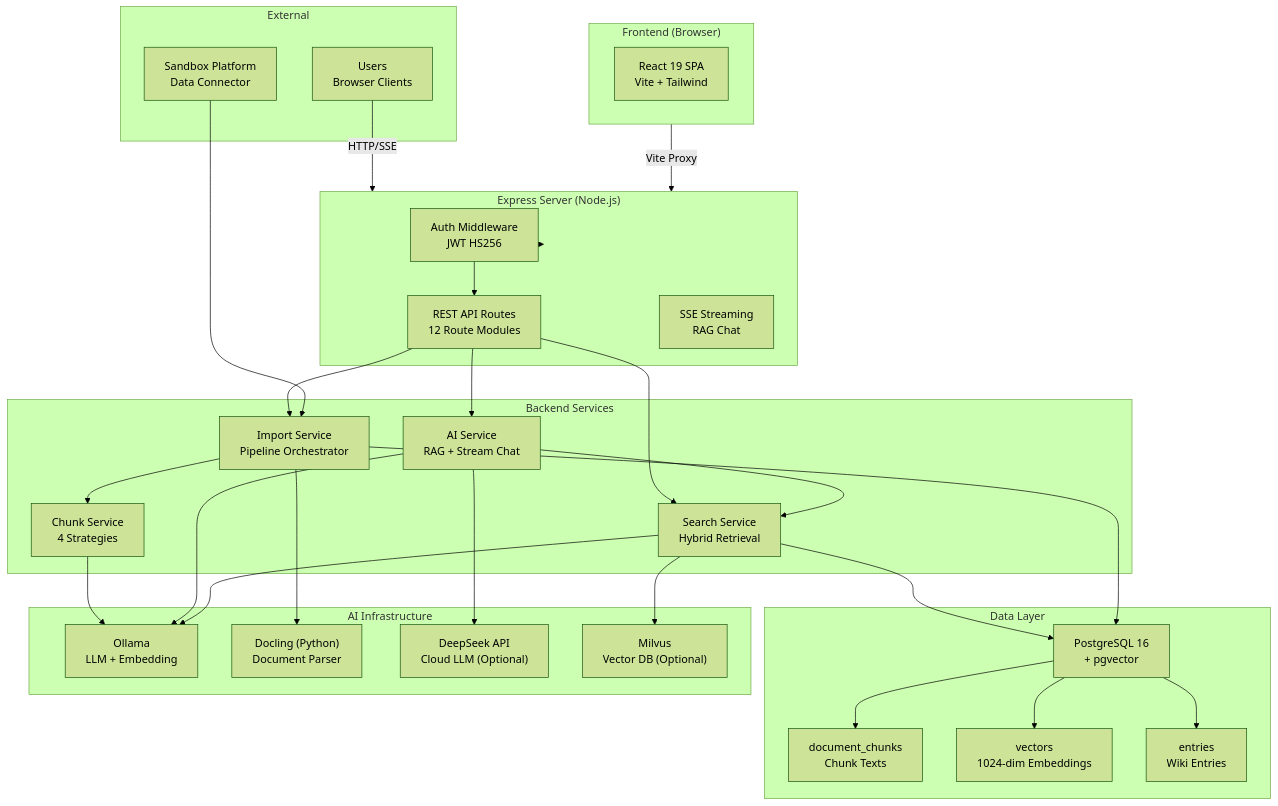
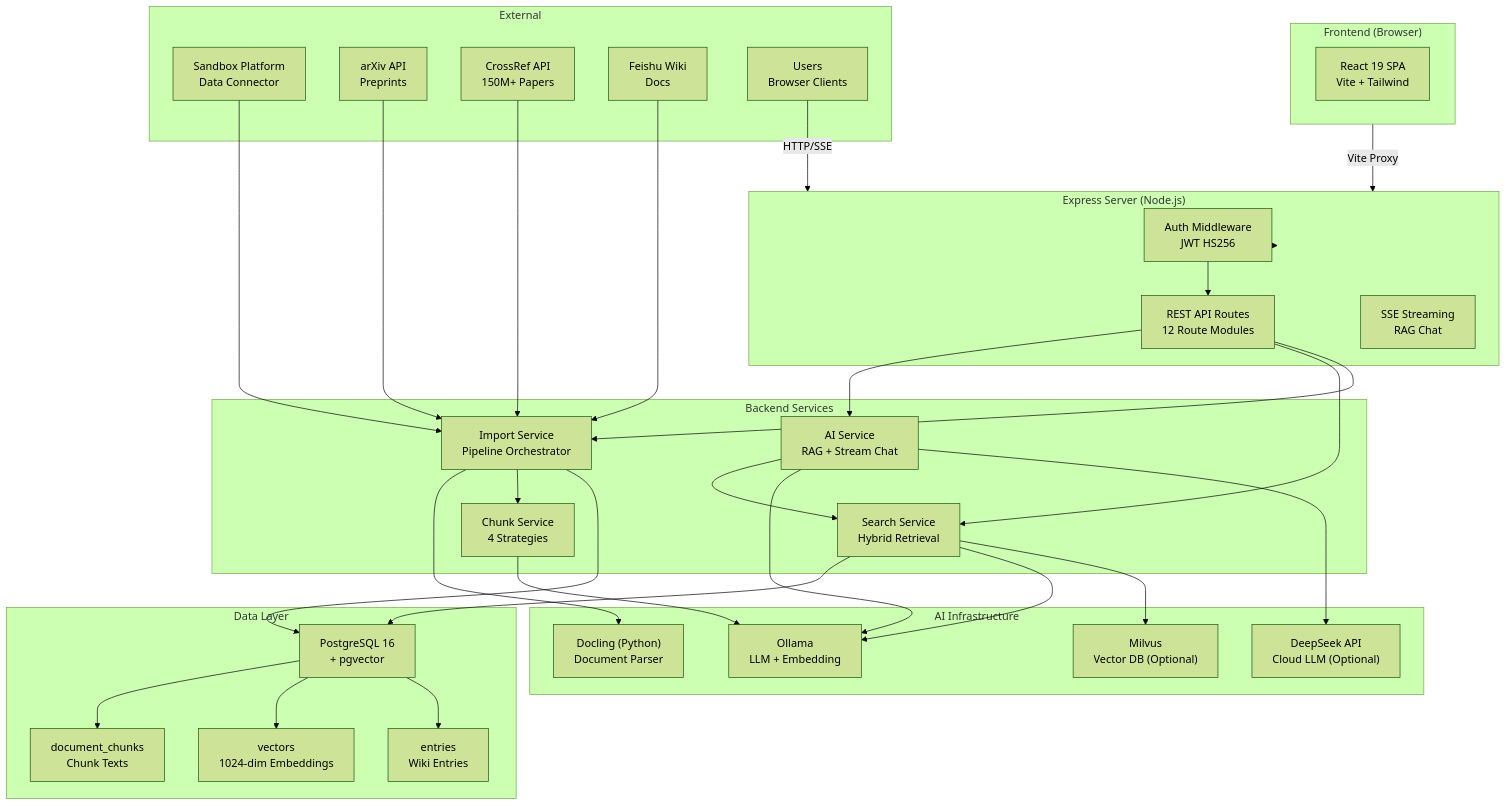
One commit to zzh-116/MicroEra-Wiki-MVP changed the diagram in docs/handover/02_System_Architecture.md. Above: the diagram before and after it, drawn with Mermaid (forest theme). The commit also changed other lines of this file and 3 other files, not shown here.

````diff
--- a/docs/handover/02_System_Architecture.md
+++ b/docs/handover/02_System_Architecture.md
@@ -10,60 +10,66 @@
 ```mermaid
 graph TB
     subgraph Frontend["Frontend (Browser)"]
         React["React 19 SPA<br/>Vite + Tailwind"]
     end
 
     subgraph Express["Express Server (Node.js)"]
         Auth["Auth Middleware<br/>JWT HS256"]
         API["REST API Routes<br/>12 Route Modules"]
         SSE["SSE Streaming<br/>RAG Chat"]
     end
 
     subgraph Services["Backend Services"]
         AI["AI Service<br/>RAG + Stream Chat"]
         Search["Search Service<br/>Hybrid Retrieval"]
         Import["Import Service<br/>Pipeline Orchestrator"]
         ChunkSvc["Chunk Service<br/>4 Strategies"]
     end
 
     subgraph Data["Data Layer"]
         PG["PostgreSQL 16<br/>+ pgvector"]
         Chunks["document_chunks<br/>Chunk Texts"]
         Vectors["vectors<br/>1024-dim Embeddings"]
         Entries["entries<br/>Wiki Entries"]
     end
 
     subgraph AI_Infra["AI Infrastructure"]
         Ollama["Ollama<br/>LLM + Embedding"]
         Docling["Docling (Python)<br/>Document Parser"]
         DeepSeek["DeepSeek API<br/>Cloud LLM (Optional)"]
         Milvus["Milvus<br/>Vector DB (Optional)"]
     end
 
     subgraph External["External"]
         Sandbox["Sandbox Platform<br/>Data Connector"]
+        Arxiv["arXiv API<br/>Preprints"]
+        CrossRef["CrossRef API<br/>150M+ Papers"]
+        Feishu["Feishu Wiki<br/>Docs"]
         Users["Users<br/>Browser Clients"]
     end
 
     Users -->|HTTP/SSE| Express
     Express --> Auth
     Auth --> API
     API --> AI
     API --> Search
     API --> Import
     AI --> Search
     Search --> PG
     Import --> Docling
     Import --> ChunkSvc
     ChunkSvc --> Ollama
     AI --> Ollama
     AI --> DeepSeek
     Search --> Ollama
     Search --> Milvus
     Import --> PG
     PG --> Chunks
     PG --> Vectors
     PG --> Entries
     Sandbox --> Import
+    Arxiv --> Import
+    CrossRef --> Import
+    Feishu --> Import
     Frontend -->|Vite Proxy| Express
 ```
````
